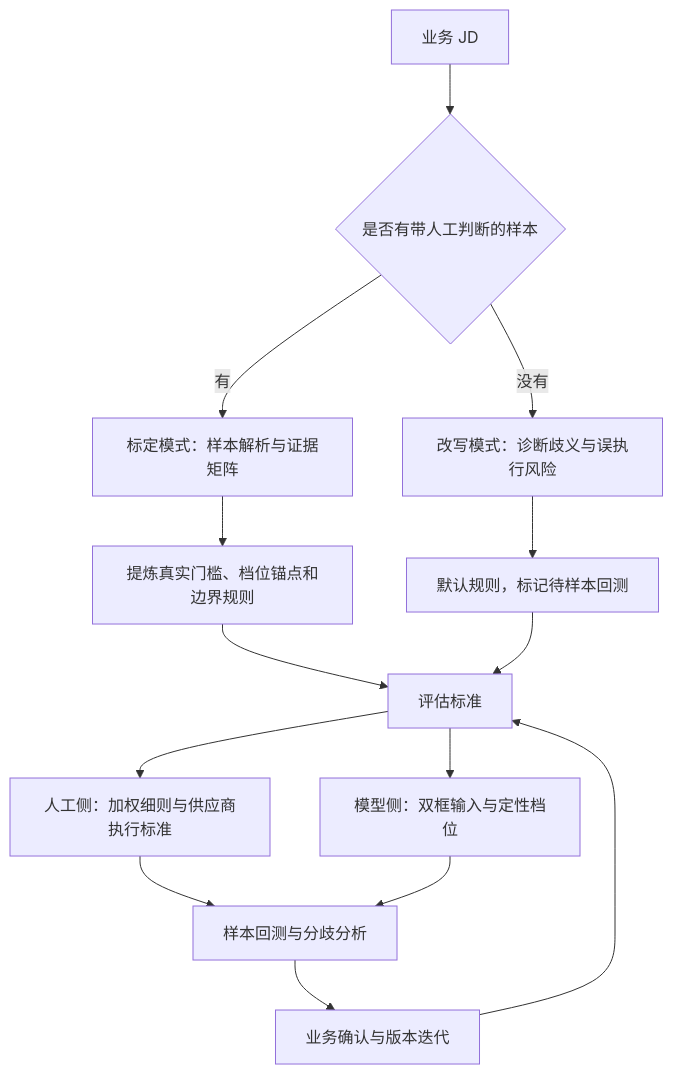
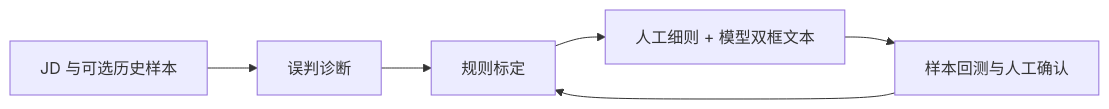
The diagram in README.md (SimonLecake/jd-rewrite-skill), drawn with Mermaid before and after one commit. The commit also changed other lines of this file and 4 other files, not shown here.

````diff
--- a/README.md
+++ b/README.md
@@ -55,16 +49,8 @@
 ```mermaid
-flowchart TD
-    A[业务 JD] --> B{是否有带人工判断的样本}
-    B -->|有| C[标定模式：样本解析与证据矩阵]
-    C --> D[提炼真实门槛、档位锚点和边界规则]
-    B -->|没有| E[改写模式：诊断歧义与误执行风险]
-    E --> F[默认规则，标记待样本回测]
-    D --> G[评估标准]
-    F --> G
-    G --> H[人工侧：加权细则与供应商执行标准]
-    G --> I[模型侧：双框输入与定性档位]
-    H --> J[样本回测与分歧分析]
-    I --> J
-    J --> K[业务确认与版本迭代]
-    K --> G
+flowchart LR
+    A[JD 与可选历史样本] --> B[误判诊断]
+    B --> C[规则标定]
+    C --> D[人工细则 + 模型双框文本]
+    D --> E[样本回测与人工确认]
+    E --> C
 ```
````
